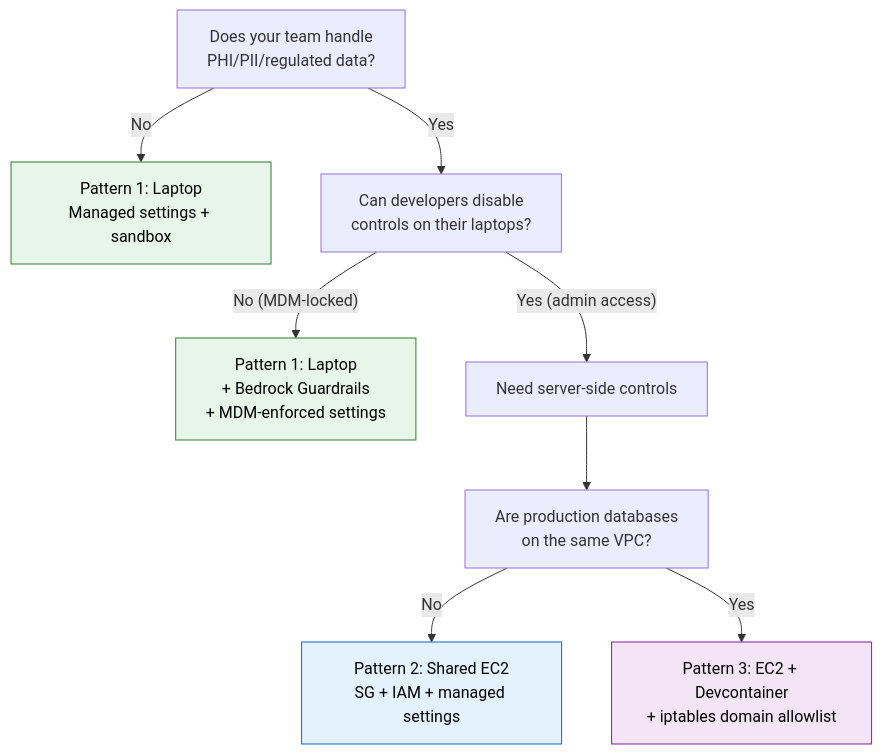
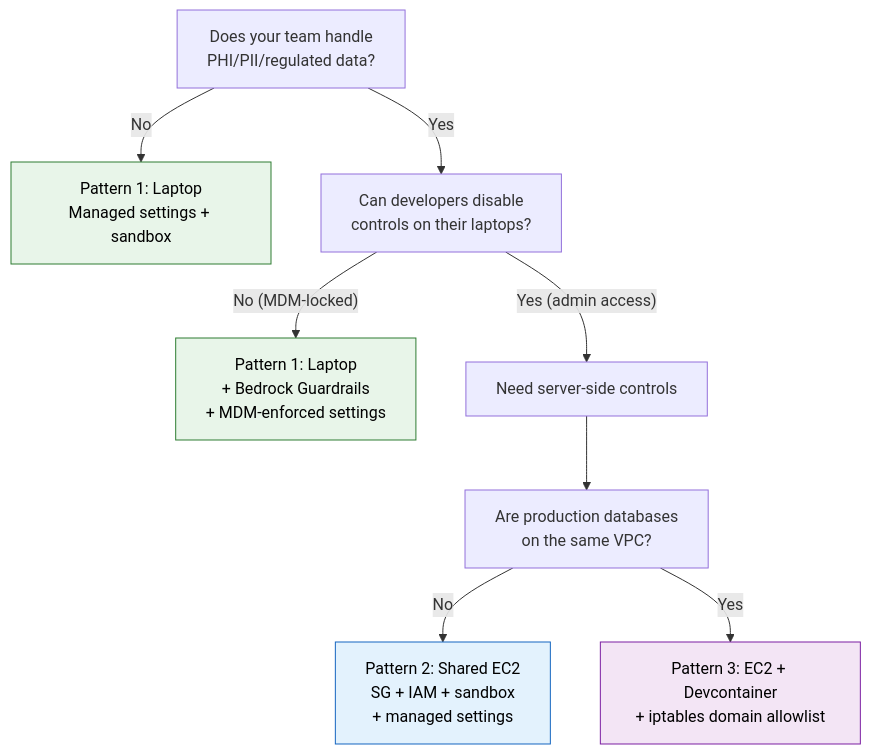
The first of 4 diagrams in README.md (aidin-repo/claude-code-ec2-isolation), drawn with Mermaid before and after one commit.

Commit message:
Add sandbox to Pattern 2 in decision tree

````diff
--- a/README.md
+++ b/README.md
@@ -41,15 +41,15 @@
 ```mermaid
 graph TD
   A["Does your team handle<br>PHI/PII/regulated data?"] -->|No| B["Pattern 1: Laptop<br>Managed settings + sandbox"]
   A -->|Yes| C["Can developers disable<br>controls on their laptops?"]
   C -->|"No (MDM-locked)"| D["Pattern 1: Laptop<br>+ Bedrock Guardrails<br>+ MDM-enforced settings"]
   C -->|"Yes (admin access)"| E["Need server-side controls"]
   E --> F["Are production databases<br>on the same VPC?"]
-  F -->|No| G["Pattern 2: Shared EC2<br>SG + IAM + managed settings"]
+  F -->|No| G["Pattern 2: Shared EC2<br>SG + IAM + sandbox<br>+ managed settings"]
   F -->|Yes| H["Pattern 3: EC2 + Devcontainer<br>+ iptables domain allowlist"]
 
   style B fill:#e8f5e9,stroke:#2e7d32,color:#000
   style D fill:#e8f5e9,stroke:#2e7d32,color:#000
   style G fill:#e3f2fd,stroke:#1565c0,color:#000
   style H fill:#f3e5f5,stroke:#7b1fa2,color:#000
 ```
````
